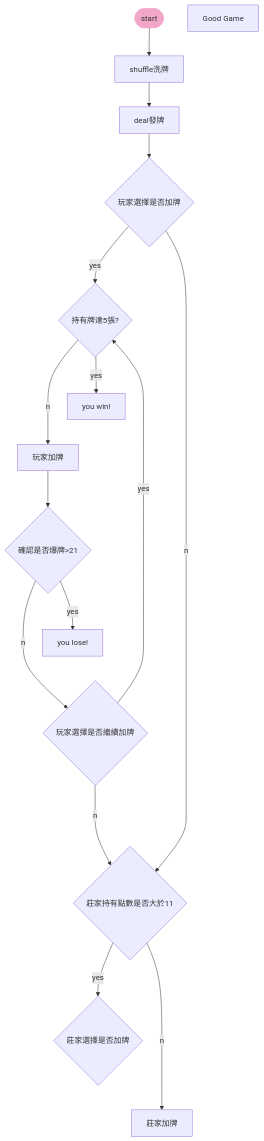
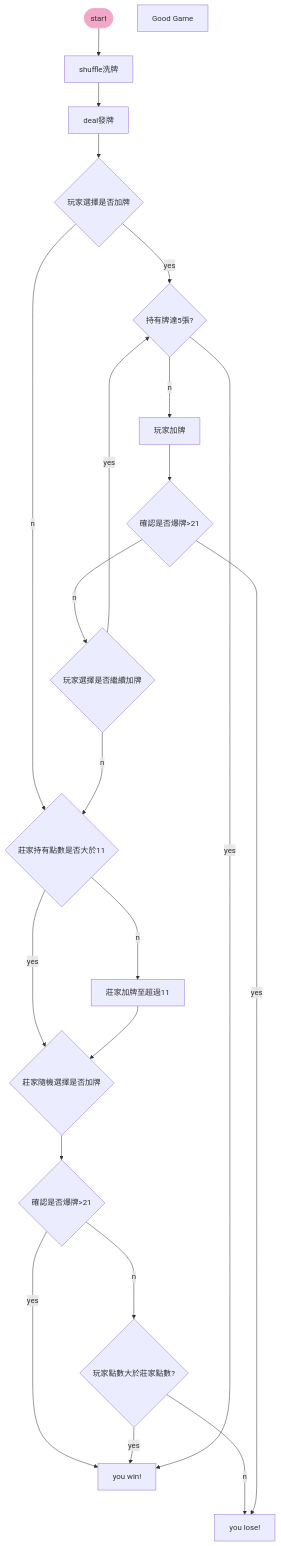
The diagram in README.md (windware1203/Digital_electronics_study), drawn with Mermaid before and after one commit. The commit also changed other lines of this file, not shown here.

````diff
--- a/README.md
+++ b/README.md
@@ -104,58 +104,67 @@
 ```mermaid
 %%$Author:[name=武田奈々]、[name=侯正成]
 flowchart TB;
 classDef startClass fill:#f2a7c8;
 classDef startClass stroke:#f2a7c8;
 
 classDef winlass fill:##87A330;
 classDef winClass stroke:##87A330;
 
 classDef loseClass fill:##87BCDE;
 classDef loseClass stroke:##87BCDE;
     %%*********************************/
     %% Start
     
     Start([start]):::startClass-->
     shuffle洗牌-->deal
     -->playerChoose
     playerChoose--yes-->passFive
     
     passFive--no-->plus
     
     plus-->checkGG
     
     playerChoose--no-->dealerPlus
     checkGG--no-->playerAgain
     
     
     playerAgain--yes-->passFive
     playerAgain--no-->dealerPlus
     
     dealerPlus--yes-->dealerChoose
-    dealerPlus--no-->dealerPP
+    dealerPlus--no-->dealerPP-->dealerChoose
+    -->checkGG2
+    checkGG2--no-->fight
+    checkGG2--yes-->win
+    fight--yes-->win
+    fight--no-->lose
+    
+    
     
     checkGG--yes-->lose
     passFive--yes-->win
     %%*********************************/
     %% The information of Nodes
     %% Ex: nodeName[Text] 方框 ([])圓角方框 {}菱形大框框(確實)
     
     deal[deal發牌]
     plus[玩家加牌]
-    dealerPP[莊家加牌]
+    dealerPP[莊家加牌至超過11]
     playerChoose{玩家選擇是否加牌}
     playerAgain{玩家選擇是否繼續加牌}
-    dealerChoose{莊家選擇是否加牌}
+    dealerChoose{莊家隨機選擇是否加牌}
     dealerPlus{莊家持有點數是否大於11}
     passFive{持有牌達5張?}
     checkGG{確認是否爆牌>21}
+    checkGG2{確認是否爆牌>21}
+    fight{玩家點數大於莊家點數?}
     win[you win!]:::winClass
     lose[you lose!]:::loseClass
     
     GG[Good Game]
  
   
  
   
     %%*********************************/
 ```
````
